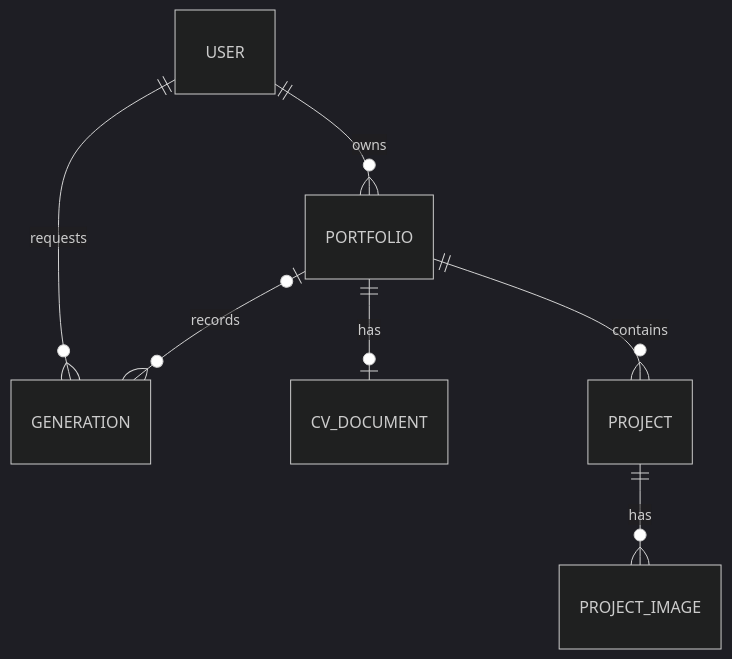
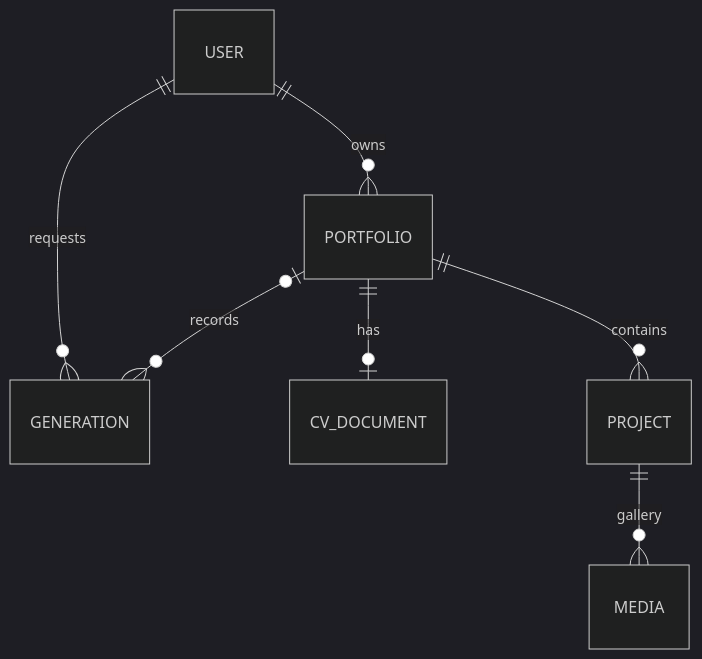
The diagram in DATA_MODEL.md (camomilesson/port-my-folio), drawn with Mermaid (dark theme) before and after one commit. The commit also changed other lines of this file and 2 other files, not shown here.

````diff
--- a/DATA_MODEL.md
+++ b/DATA_MODEL.md
@@ -9,9 +9,9 @@
 ```mermaid
 erDiagram
     USER ||--o{ PORTFOLIO : owns
     USER ||--o{ GENERATION : requests
     PORTFOLIO ||--o| CV_DOCUMENT : has
     PORTFOLIO ||--o{ PROJECT : contains
-    PROJECT ||--o{ PROJECT_IMAGE : has
+    PROJECT ||--o{ MEDIA : gallery
     PORTFOLIO o|--o{ GENERATION : records
 ```
````
